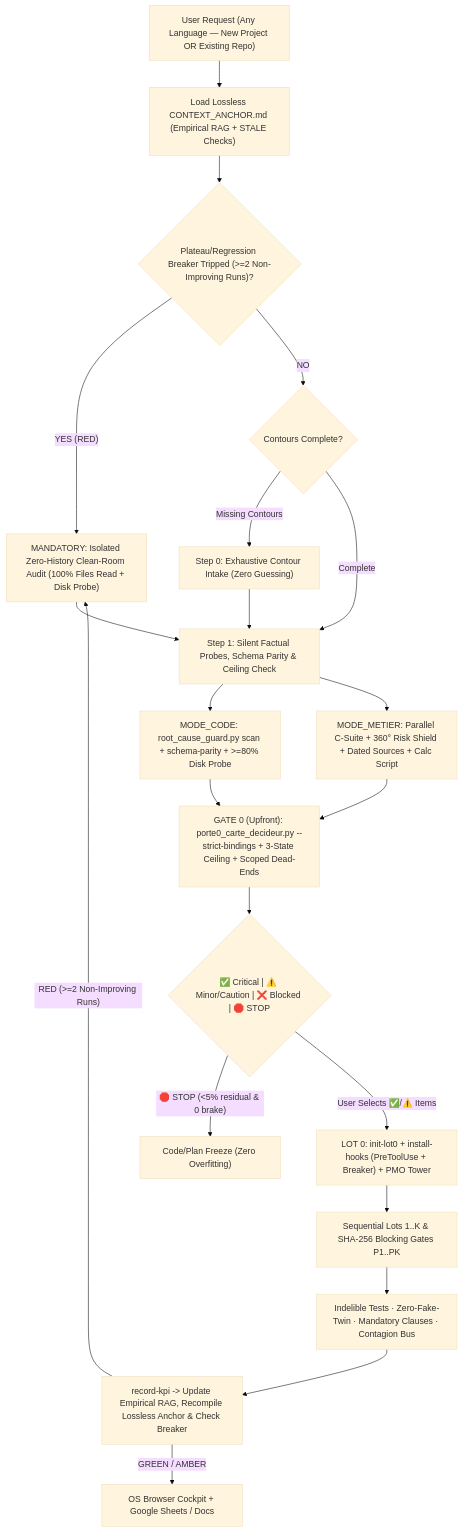
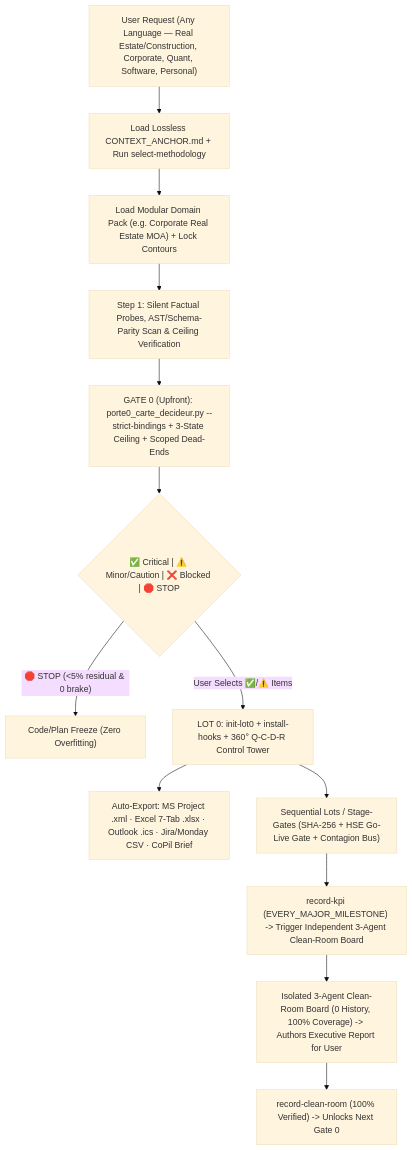
Before and after one commit to Foch1974/ExCom: the diagram in README.md, drawn with Mermaid (base theme). The commit also changed other lines of this file and 13 other files, not shown here.

Commit message:
feat(v3.3.0): systematic post-milestone Multi-Agent Clean-Room Board, adaptive 6-methodology selector, 360 Q-C-D-R/HSE/Contracts engine, Real Estate MOA pack, and MS Project XML/Excel/iCal/CSV bidirectional interchange

````diff
--- a/README.md
+++ b/README.md
@@ -32,25 +30,17 @@
 ```mermaid
 flowchart TD
-    IN["User Request (Any Language — New Project OR Existing Repo)"] --> ANCHOR["Load Lossless CONTEXT_ANCHOR.md (Empirical RAG + STALE Checks)"]
-    ANCHOR --> CR_CHK{"Plateau/Regression Breaker Tripped (>=2 Non-Improving Runs)?"}
-    CR_CHK -- "YES (RED)" --> CLEAN["MANDATORY: Isolated Zero-History Clean-Room Audit (100% Files Read + Disk Probe)"]
-    CLEAN --> S1
-    CR_CHK -- "NO" --> S0{"Contours Complete?"}
-    S0 -- "Missing Contours" --> Q["Step 0: Exhaustive Contour Intake (Zero Guessing)"]
-    Q --> S1
-    S0 -- "Complete" --> S1["Step 1: Silent Factual Probes, Schema Parity & Ceiling Check"]
+    IN["User Request (Any Language — Real Estate/Construction, Corporate, Quant, Software, Personal)"] --> ANCHOR["Load Lossless CONTEXT_ANCHOR.md + Run select-methodology"]
+    ANCHOR --> PACK["Load Modular Domain Pack (e.g. Corporate Real Estate MOA) + Lock Contours"]
+    PACK --> S1["Step 1: Silent Factual Probes, AST/Schema-Parity Scan & Ceiling Verification"]
 
-    S1 --> P_CODE["MODE_CODE: root_cause_guard.py scan + schema-parity + >=80% Disk Probe"]
-    S1 --> P_MET["MODE_METIER: Parallel C-Suite + 360° Risk Shield + Dated Sources + Calc Script"]
-
-    P_CODE & P_MET --> P0["GATE 0 (Upfront): porte0_carte_decideur.py --strict-bindings + 3-State Ceiling + Scoped Dead-Ends"]
+    S1 --> P0["GATE 0 (Upfront): porte0_carte_decideur.py --strict-bindings + 3-State Ceiling + Scoped Dead-Ends"]
     P0 --> VERDICT{"✅ Critical | ⚠️ Minor/Caution | ❌ Blocked | 🛑 STOP"}
     VERDICT -- "🛑 STOP (<5% residual & 0 brake)" --> HALT["Code/Plan Freeze (Zero Overfitting)"]
-    VERDICT -- "User Selects ✅/⚠️ Items" --> LOT0["LOT 0: init-lot0 + install-hooks (PreToolUse + Breaker) + PMO Tower"]
+    VERDICT -- "User Selects ✅/⚠️ Items" --> LOT0["LOT 0: init-lot0 + install-hooks + 360° Q-C-D-R Control Tower"]
 
-    LOT0 --> GATES["Sequential Lots 1..K & SHA-256 Blocking Gates P1..PK"]
-    GATES --> CHECK["Indelible Tests · Zero-Fake-Twin · Mandatory Clauses · Contagion Bus"]
-    CHECK --> KPI["record-kpi -> Update Empirical RAG, Recompile Lossless Anchor & Check Breaker"]
-    KPI -- "GREEN / AMBER" --> LIVE["OS Browser Cockpit + Google Sheets / Docs"]
-    KPI -- "RED (>=2 Non-Improving Runs)" --> CLEAN
+    LOT0 --> INTEROP["Auto-Export: MS Project .xml · Excel 7-Tab .xlsx · Outlook .ics · Jira/Monday CSV · CoPil Brief"]
+    LOT0 --> GATES["Sequential Lots / Stage-Gates (SHA-256 + HSE Go-Live Gate + Contagion Bus)"]
+    GATES --> KPI["record-kpi (EVERY_MAJOR_MILESTONE) -> Trigger Independent 3-Agent Clean-Room Board"]
+    KPI --> BOARD["Isolated 3-Agent Clean-Room Board (0 History, 100% Coverage) -> Authors Executive Report for User"]
+    BOARD --> CERT["record-clean-room (100% Verified) -> Unlocks Next Gate 0"]
 ```
````
